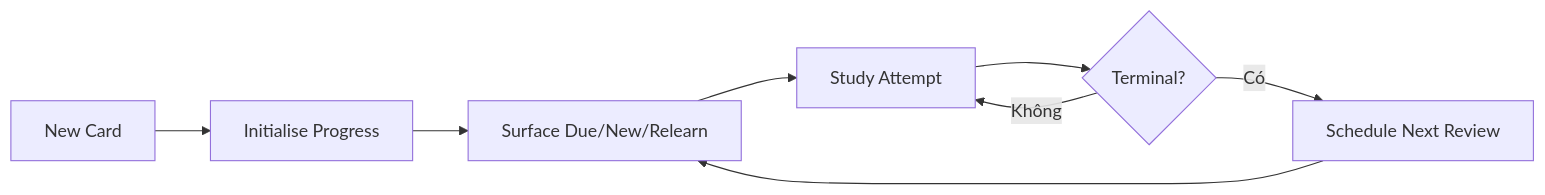
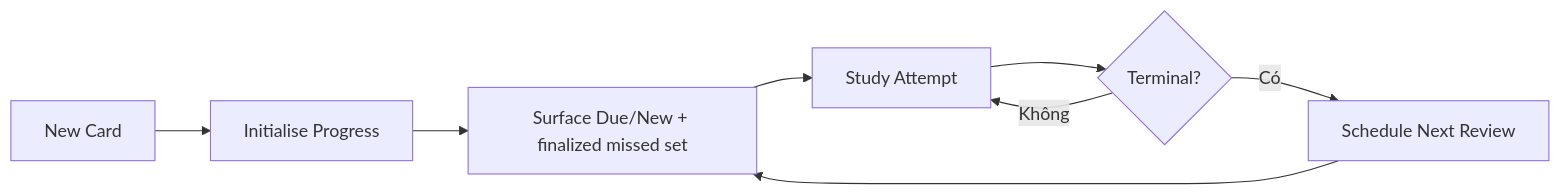
One commit to ntgptit/memox-v6 changed the diagram in docs/business/learning-progress/README.md. Above: the diagram before and after it, drawn with Mermaid. The commit also changed other lines of this file and 124 other files, not shown here.

````diff
--- a/docs/business/learning-progress/README.md
+++ b/docs/business/learning-progress/README.md
@@ -19,10 +19,10 @@
 ```mermaid
 flowchart LR
     A["New Card"] --> B["Initialise Progress"]
-    B --> C["Surface Due/New/Relearn"]
+    B --> C["Surface Due/New + finalized missed set"]
     C --> D["Study Attempt"]
     D --> E{"Terminal?"}
     E -- "Không" --> D
     E -- "Có" --> F["Schedule Next Review"]
     F --> C
 ```
````
